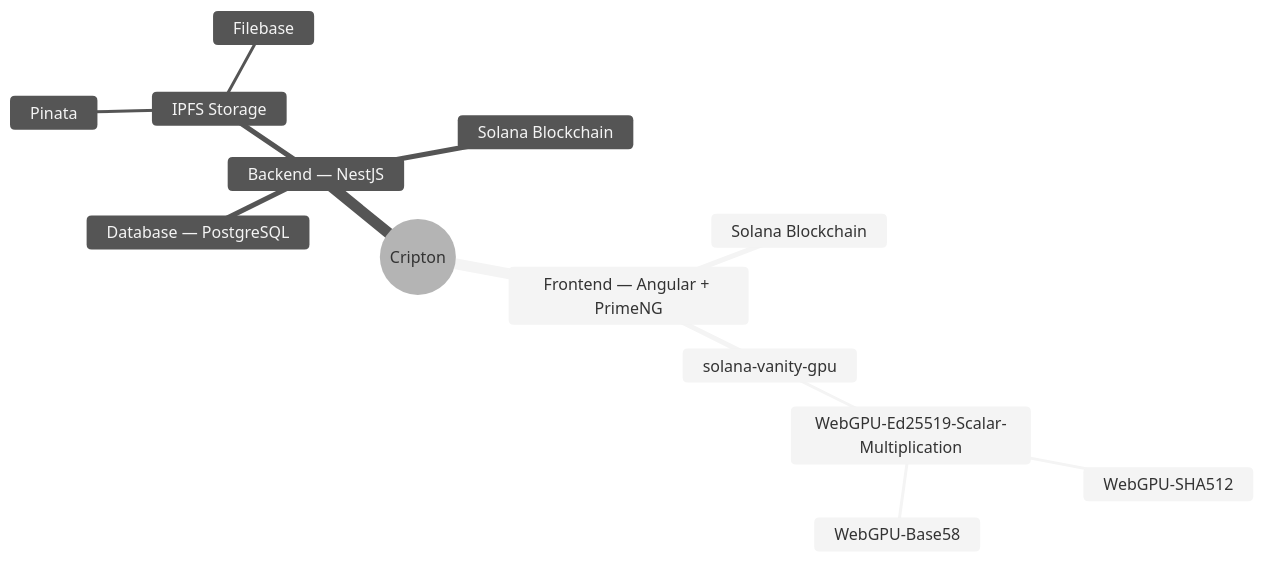
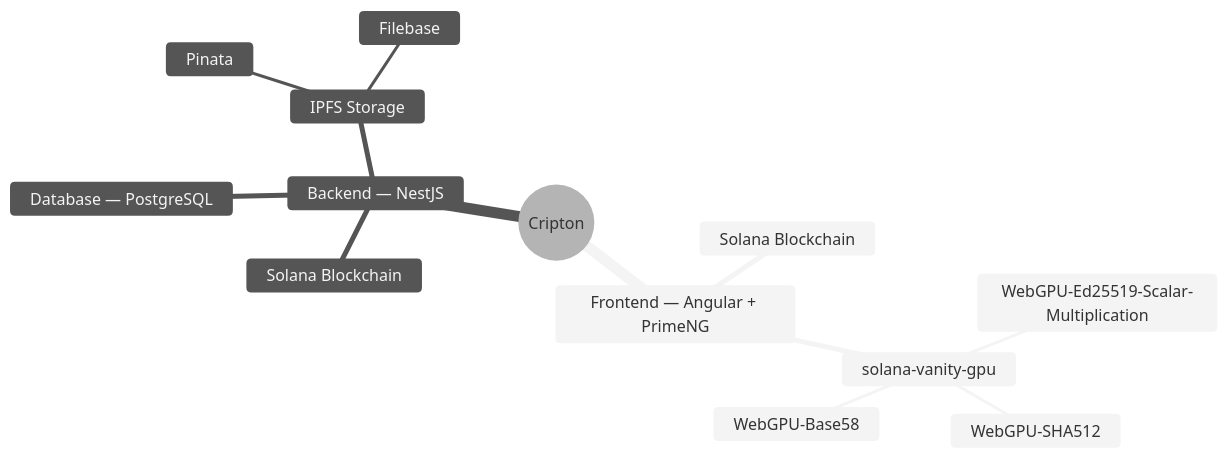
The first of 2 diagrams in README.md (Dcfgvy/cripton-project), drawn with Mermaid (neutral theme) before and after one commit. The commit also changed other lines of this file, not shown here.

````diff
--- a/README.md
+++ b/README.md
@@ -34,16 +34,16 @@
 ```mermaid
 mindmap
   root((Cripton))
     Frontend — Angular + PrimeNG
       Solana Blockchain
       solana-vanity-gpu
         WebGPU-Ed25519-Scalar-Multiplication
-          WebGPU-SHA512
-          WebGPU-Base58
+        WebGPU-SHA512
+        WebGPU-Base58
     Backend — NestJS
       Solana Blockchain
       Database — PostgreSQL
       IPFS Storage
         Pinata
         Filebase
 ```
````
